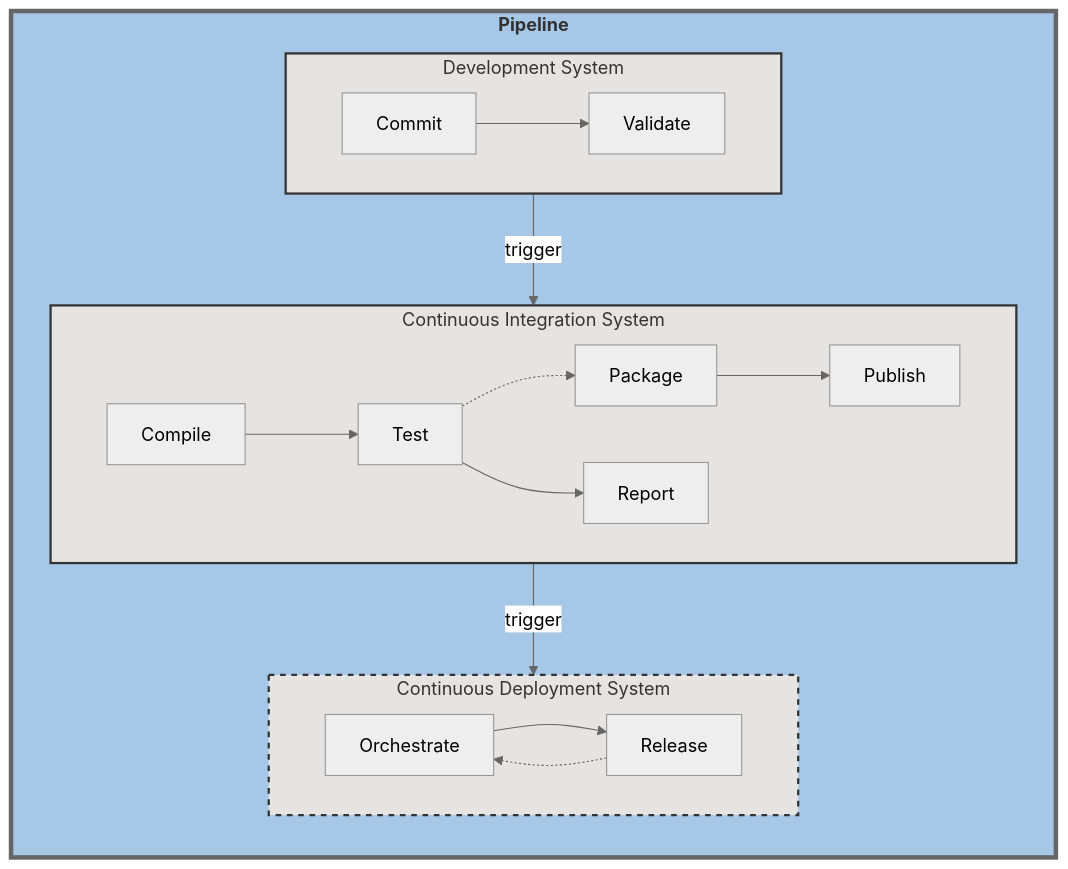
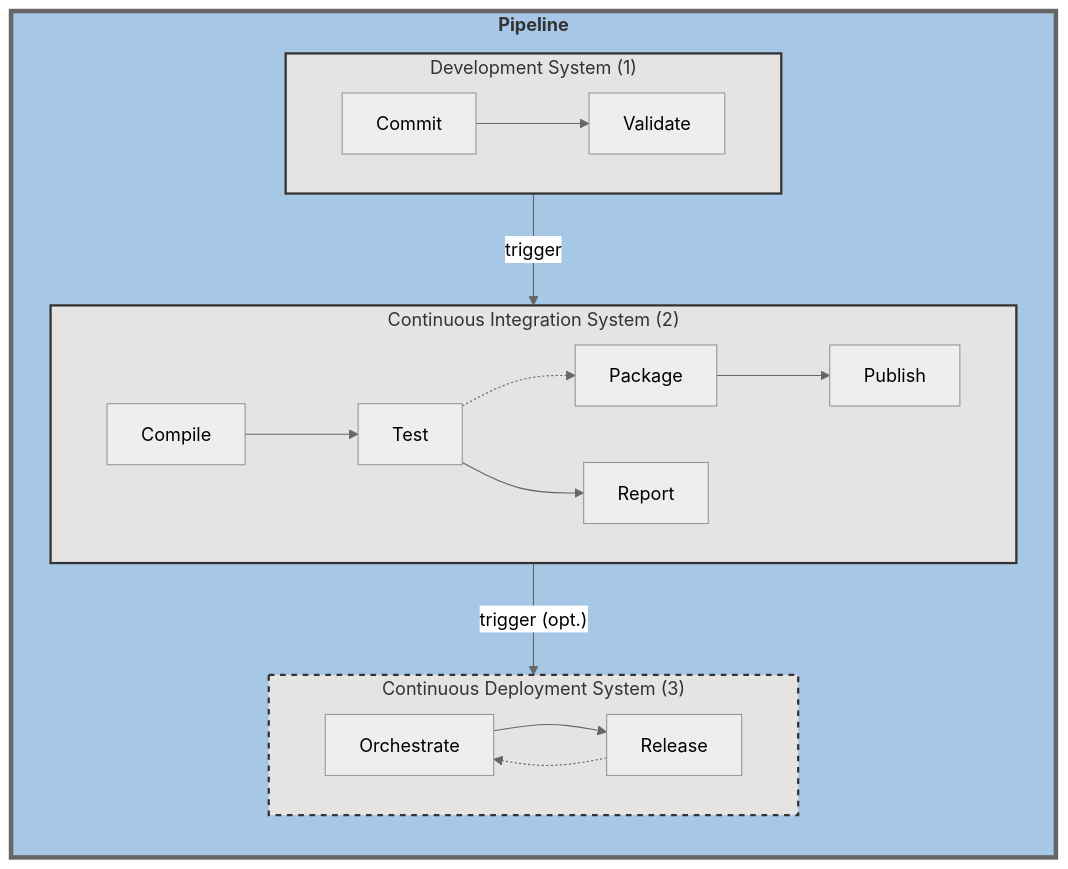
Before and after one commit to NASA-AMMOS/slim: the first of 2 diagrams in continuous-integration/reference-architectures/README.md, drawn with Mermaid (neutral theme). The commit also changed other lines of this file and 1 other file, not shown here.

````diff
--- a/continuous-integration/reference-architectures/README.md
+++ b/continuous-integration/reference-architectures/README.md
@@ -37,34 +33,34 @@
 ```mermaid
 flowchart LR
     subgraph P["<b>Pipeline</b>"]
-        subgraph DS[Development System]
+        subgraph DS["Development System (1)"]
             P1
             P2
             P1[Commit]-->P2[Validate]
         end
-        subgraph CIS[Continuous Integration System]
+        subgraph CIS["Continuous Integration System (2)"]
             P3
             P4
             P5
             P6
             P7
             P3[Compile]-->P4[Test]
             P4-.->P5[Package]
             P4-->P6[Report]
             P5-->P7[Publish]
         end
-        subgraph CDS[Continuous Deployment System]
+        subgraph CDS["Continuous Deployment System (3)"]
             P8
             P9
             P8[Orchestrate]-->P9[Release]
             P9-.->P8
         end
         
         DS --> |trigger| CIS
-        CIS --> |trigger| CDS
+        CIS --> |"trigger (opt.)"| CDS
     end
     style P fill:#A7C7E7,stroke:#666,stroke-width:4px
     style DS fill:#E5E4E2,stroke:#333,stroke-width:2px
     style CIS fill:#E5E4E2,stroke:#333,stroke-width:2px
     style CDS fill:#E5E4E2,stroke:#333,stroke-width:2px,stroke-dasharray: 5 5
 ```
````
